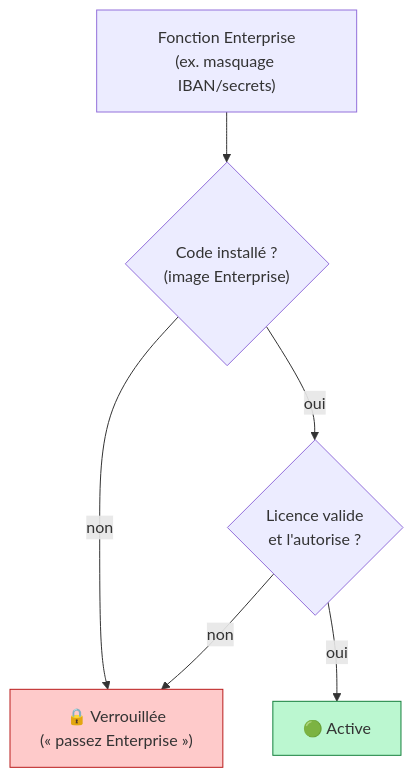
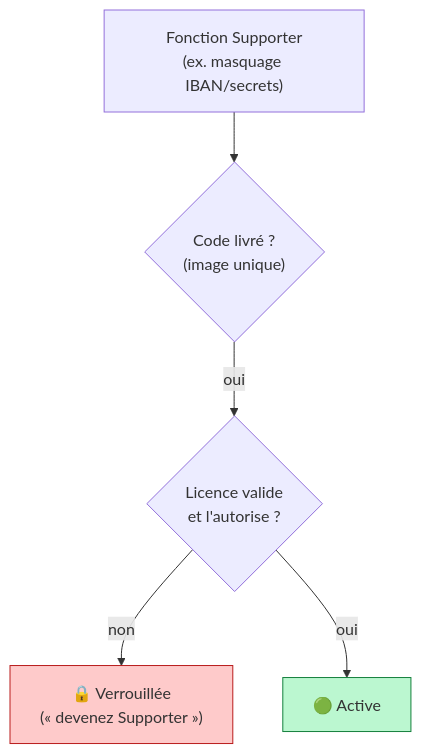
The fifth of 7 diagrams in docs/guide-fonctionnement.md (WicaebethTheo/itsm-modern-ai), drawn with Mermaid before and after one commit. The commit also changed other lines of this file and 48 other files, not shown here.

First line of the commit message:
feat: édition unique — fonctions Supporter intégrées, déverrouillées par licence

````diff
--- a/docs/guide-fonctionnement.md
+++ b/docs/guide-fonctionnement.md
@@ -155,11 +156,10 @@
 ```mermaid
 flowchart TD
-    F["Fonction Enterprise<br/>(ex. masquage IBAN/secrets)"] --> I{"Code installé ?<br/>(image Enterprise)"}
-    I -- non --> LOCK["🔒 Verrouillée<br/>(« passez Enterprise »)"]
+    F["Fonction Supporter<br/>(ex. masquage IBAN/secrets)"] --> I{"Code livré ?<br/>(image unique)"}
     I -- oui --> E{"Licence valide<br/>et l'autorise ?"}
-    E -- non --> LOCK
+    E -- non --> LOCK["🔒 Verrouillée<br/>(« devenez Supporter »)"]
     E -- oui --> ON["🟢 Active"]
 
     style LOCK fill:#fecaca,stroke:#b91c1c
     style ON fill:#bbf7d0,stroke:#15803d
 ```
````
